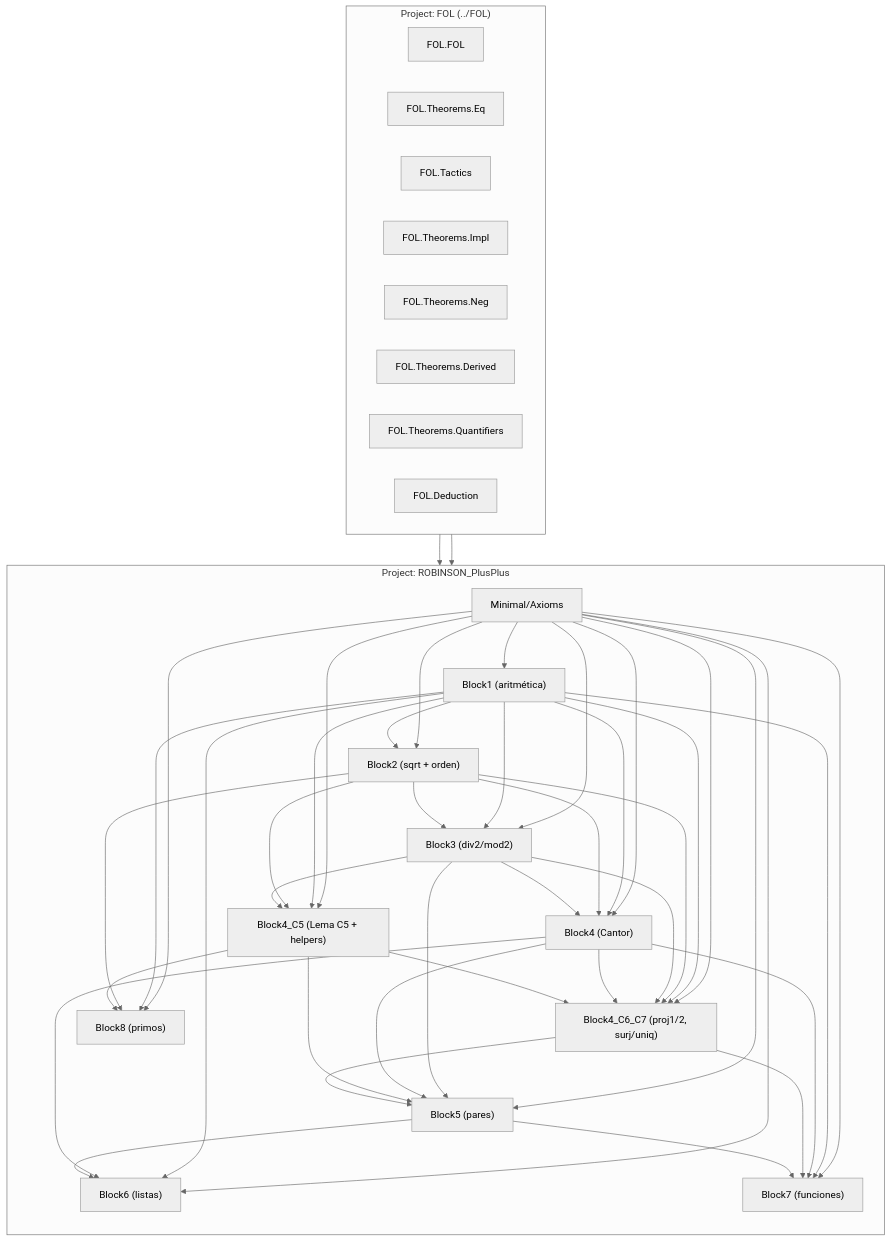
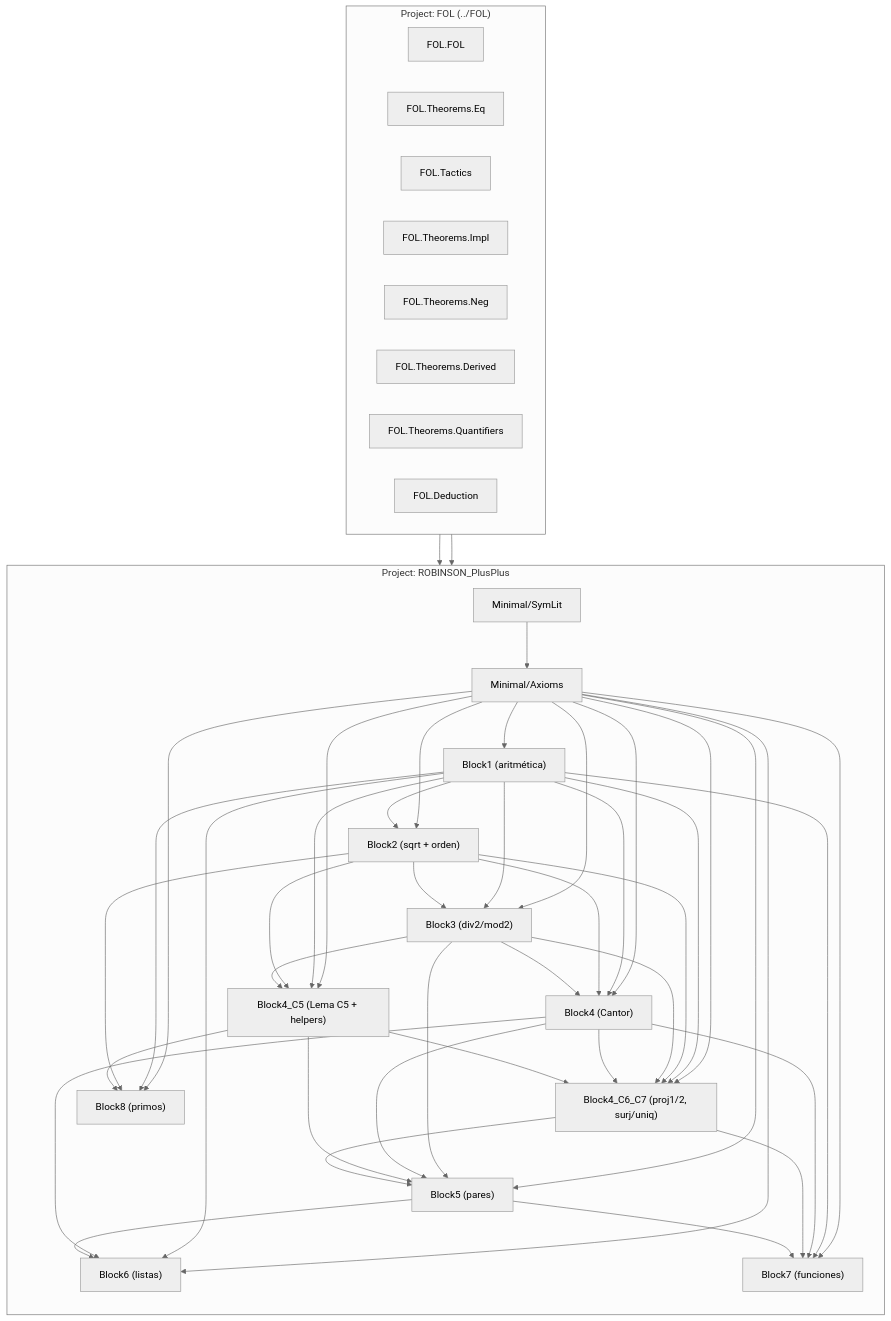
One commit to julian1c2a/ROBINSON_PlusPlus changed the diagram in DEPENDENCIES.md. Above: the diagram before and after it, drawn with Mermaid (neutral theme). The commit also changed other lines of this file and 65 other files, not shown here.

````diff
--- a/DEPENDENCIES.md
+++ b/DEPENDENCIES.md
@@ -187,70 +191,72 @@
 ```mermaid
 graph TD
     subgraph FOL ["Project: FOL (../FOL)"]
         direction LR
         FOL_FOL["FOL.FOL"]
         FOL_Eq["FOL.Theorems.Eq"]
         FOL_Tactics["FOL.Tactics"]
         FOL_Impl["FOL.Theorems.Impl"]
         FOL_Neg["FOL.Theorems.Neg"]
         FOL_Derived["FOL.Theorems.Derived"]
         FOL_Quant["FOL.Theorems.Quantifiers"]
         FOL_Deduc["FOL.Deduction"]
     end
 
     subgraph RPP ["Project: ROBINSON_PlusPlus"]
         direction TB
+        SymLit["Minimal/SymLit"]
         Axioms["Minimal/Axioms"]
         Block1["Block1 (aritmética)"]
         Block2["Block2 (sqrt + orden)"]
         Block3["Block3 (div2/mod2)"]
         Block4["Block4 (Cantor)"]
         Block4_C5["Block4_C5 (Lema C5 + helpers)"]
         Block4_C6_C7["Block4_C6_C7 (proj1/2, surj/uniq)"]
         Block5["Block5 (pares)"]
         Block6["Block6 (listas)"]
         Block7["Block7 (funciones)"]
         Block8["Block8 (primos)"]
     end
 
     FOL_FOL --> Axioms
     FOL_Eq --> Axioms
+    SymLit --> Axioms
     Axioms --> Block1
     Axioms --> Block2
     Axioms --> Block3
     Axioms --> Block4
     Axioms --> Block4_C5
     Axioms --> Block4_C6_C7
     Axioms --> Block5
     Axioms --> Block6
     Axioms --> Block7
     Axioms --> Block8
     Block1 --> Block2
     Block1 --> Block3
     Block1 --> Block4
     Block1 --> Block4_C5
     Block1 --> Block4_C6_C7
     Block1 --> Block6
     Block1 --> Block7
     Block1 --> Block8
     Block2 --> Block3
     Block2 --> Block4
     Block2 --> Block4_C5
     Block2 --> Block4_C6_C7
     Block2 --> Block8
     Block3 --> Block4
     Block3 --> Block4_C5
     Block3 --> Block4_C6_C7
     Block3 --> Block5
     Block4 --> Block4_C6_C7
     Block4 --> Block5
     Block4 --> Block6
     Block4 --> Block7
     Block4_C5 --> Block4_C6_C7
     Block4_C5 --> Block5
     Block4_C5 --> Block8
     Block4_C6_C7 --> Block5
     Block4_C6_C7 --> Block7
     Block5 --> Block6
     Block5 --> Block7
 ```
````
